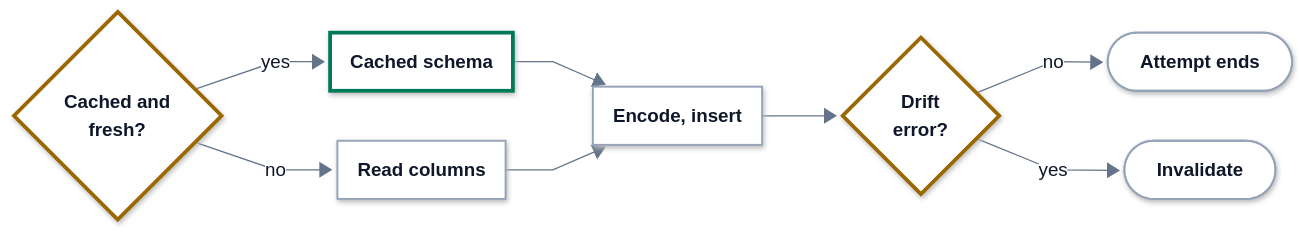
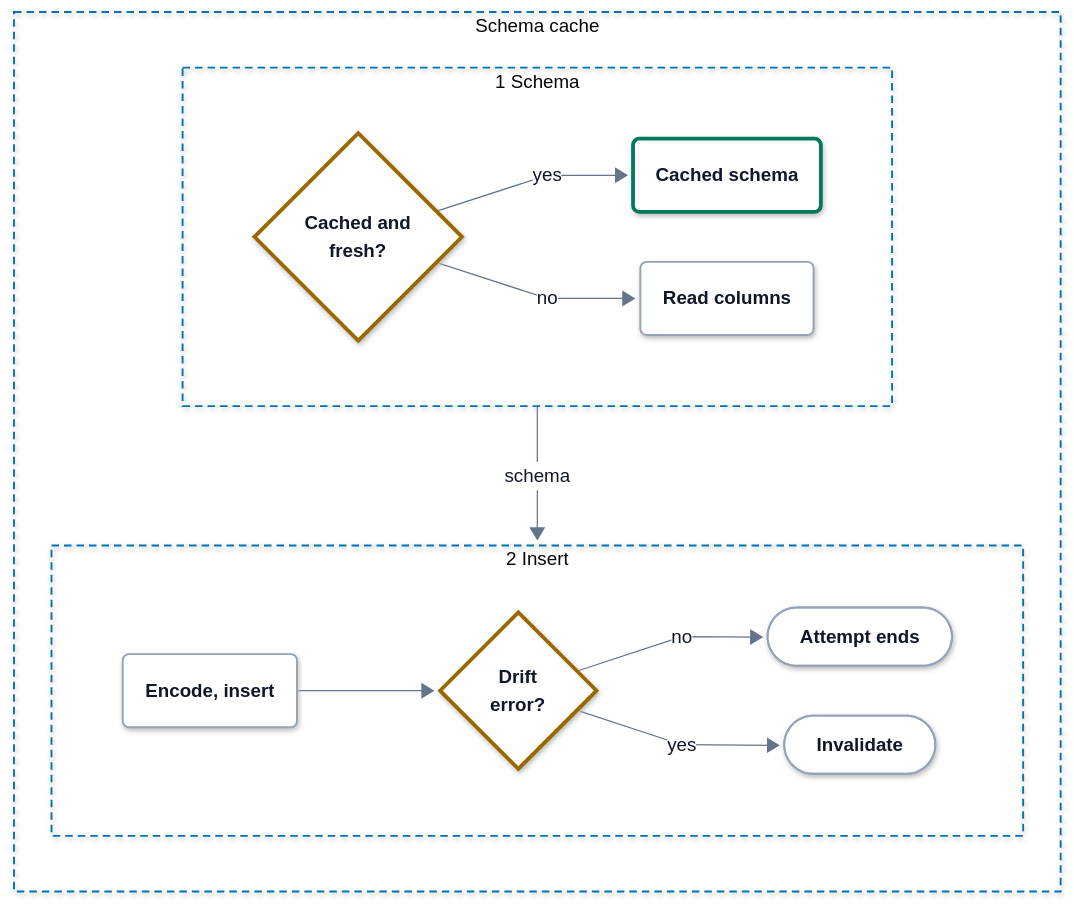
The diagram in docs/clickhouse/schema-cache.md (hyperi-io/dfe-loader), drawn with Mermaid before and after one commit. The commit also changed 19 other files, not shown here.

First line of the commit message:
docs(architecture): bring the loader pages to the architecture standard

````diff
--- a/docs/clickhouse/schema-cache.md
+++ b/docs/clickhouse/schema-cache.md
@@ -60,25 +60,38 @@
     .ui .label-icon{color:#D9480F}
     .ext .label-icon{color:#64748B}
 ---
-flowchart LR
+flowchart TB
     accTitle: L4 Detail -- Schema cache read and recovery
     accDescr: An insert uses the cached schema when it is fresh, else reads system.columns. The rows are encoded and inserted. A drift error invalidates the table's entry so the retry reads the schema again, and any other answer ends the attempt.
 
-    fresh{"<b>Cached and<br/>fresh?</b>"}
-    cached["<b>Cached schema</b>"]
-    fetch["<b>Read columns</b>"]
-    insert["<b>Encode, insert</b>"]
-    drift{"<b>Drift<br/>error?</b>"}
-    done(["<b>Attempt ends</b>"])
-    invalidate(["<b>Invalidate</b>"])
-
-    fresh -->|yes| cached
-    fresh -->|no| fetch
-    cached --> insert
-    fetch --> insert
-    insert --> drift
-    drift -->|no| done
-    drift -->|yes| invalidate
+    subgraph cache["Schema cache"]
+        direction TB
+        subgraph R1["1 Schema"]
+            direction LR
+            fresh{"<b>Cached and<br/>fresh?</b>"}
+            cached("<b>Cached schema</b>")
+            fetch("<b>Read columns</b>")
+            fresh -->|yes| cached
+            fresh -->|no| fetch
+        end
+        subgraph R2["2 Insert"]
+            direction LR
+            insert("<b>Encode, insert</b>")
+            drift{"<b>Drift<br/>error?</b>"}
+            done(["<b>Attempt ends</b>"])
+            invalidate(["<b>Invalidate</b>"])
+            insert --> drift
+            drift -->|no| done
+            drift -->|yes| invalidate
+        end
+        R1 -->|schema| R2
+    end
+  class fresh,drift decision
+  class cached store
+  class fetch,insert,done,invalidate part
+  class fresh,drift decision
+  class cached store
+  class fetch,insert,done,invalidate part
   classDef ext fill:#F4F6F8,stroke:#94A3B8,stroke-width:1.5px,stroke-dasharray:5 4,color:#0F172A
   classDef ingest fill:#FFFFFF,stroke:#0E8A7D,stroke-width:3px,color:#0F172A
   classDef xform fill:#FFFFFF,stroke:#7B4FB0,stroke-width:3px,color:#0F172A
@@ -90,7 +103,7 @@
   classDef error fill:#FFFFFF,stroke:#C2410C,stroke-width:3px,color:#0F172A
   classDef control fill:#FFFFFF,stroke:#334155,stroke-width:3px,color:#0F172A
   classDef part fill:#FFFFFF,stroke:#94A3B8,stroke-width:1.5px,color:#0F172A
-  class fresh,drift decision
-  class cached store
-  class fetch,insert,done,invalidate part
+  style cache fill:none,stroke:#0072B2,stroke-width:1.5px,stroke-dasharray:6 4
+  style R1 fill:none,stroke:#0072B2,stroke-width:1.5px,stroke-dasharray:6 4
+  style R2 fill:none,stroke:#0072B2,stroke-width:1.5px,stroke-dasharray:6 4
 ```
````
